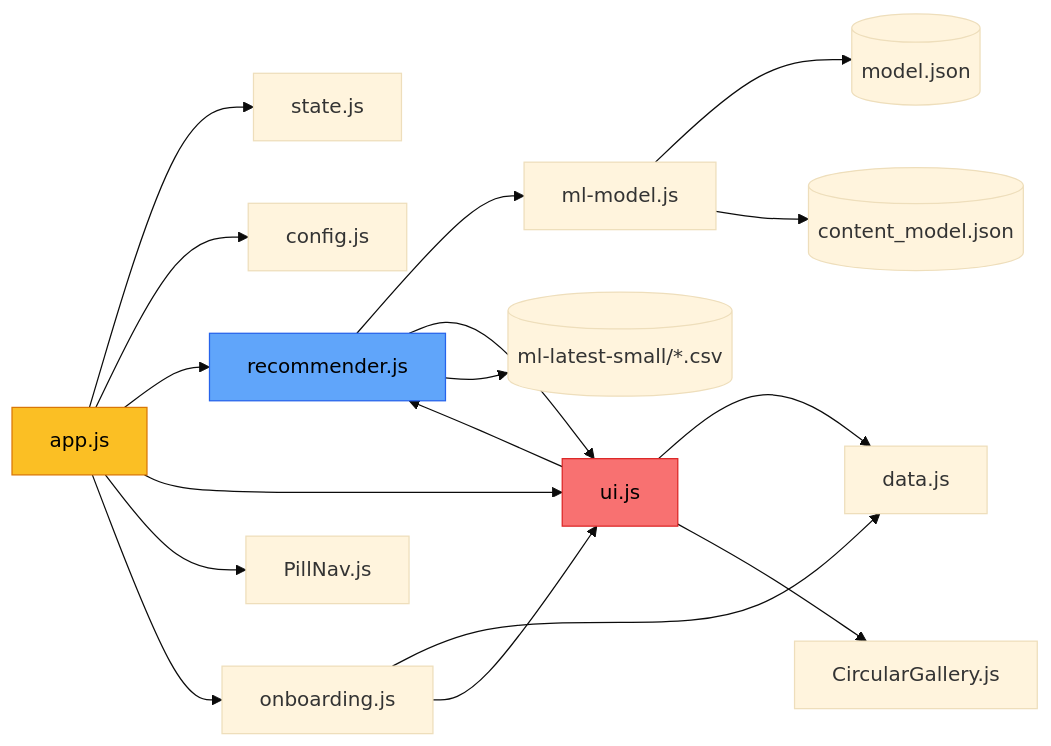
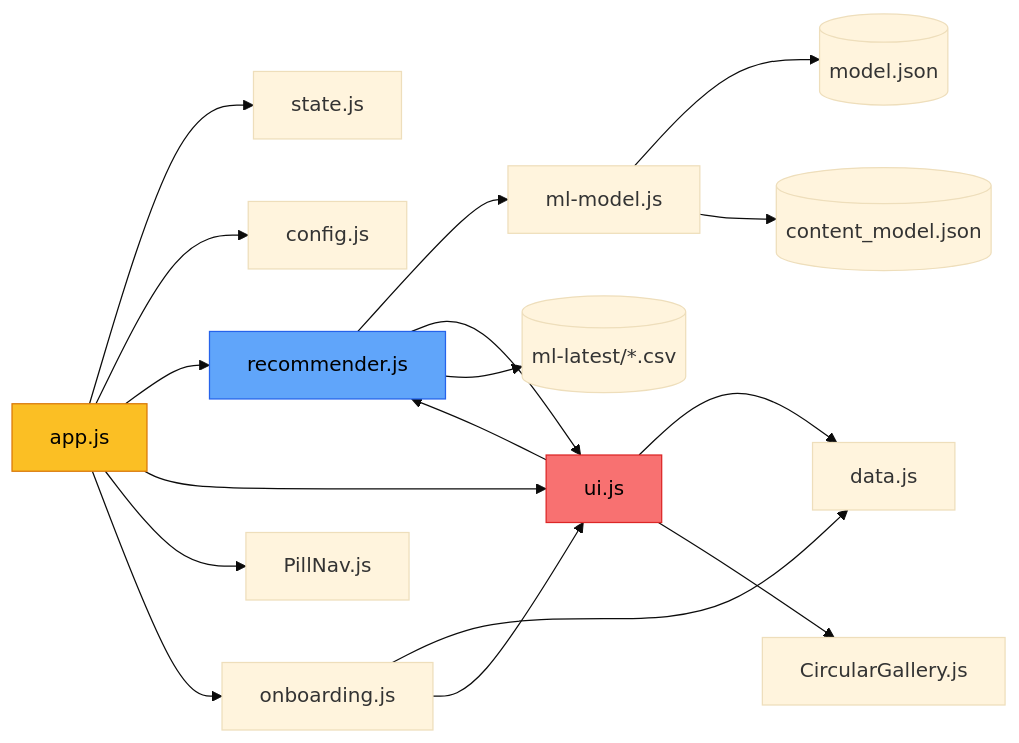
The tenth of 10 diagrams in README.md (4-thkind/Movie-Recommendation-Model), drawn with Mermaid (base theme) before and after one commit.

````diff
--- a/README.md
+++ b/README.md
@@ -477,26 +477,26 @@
 ```mermaid
 flowchart LR
     APP[app.js] --> STATE[state.js]
     APP --> CFG[config.js]
     APP --> REC[recommender.js]
     APP --> UI[ui.js]
     APP --> NAV[PillNav.js]
     APP --> OB[onboarding.js]
 
     REC --> ML[ml-model.js]
     REC --> UI
     ML --> MJ[(model.json)]
     ML --> CJ[(content_model.json)]
-    REC --> CSV[(ml-latest-small/*.csv)]
+    REC --> CSV[(ml-latest/*.csv)]
 
     UI --> DATA[data.js]
     UI --> CG[CircularGallery.js]
     UI --> REC
 
     OB --> DATA
     OB --> UI
 
     style APP fill:#fbbf24,stroke:#d97706,color:#000
     style REC fill:#60a5fa,stroke:#2563eb,color:#000
     style UI fill:#f87171,stroke:#dc2626,color:#000
 ```
````
